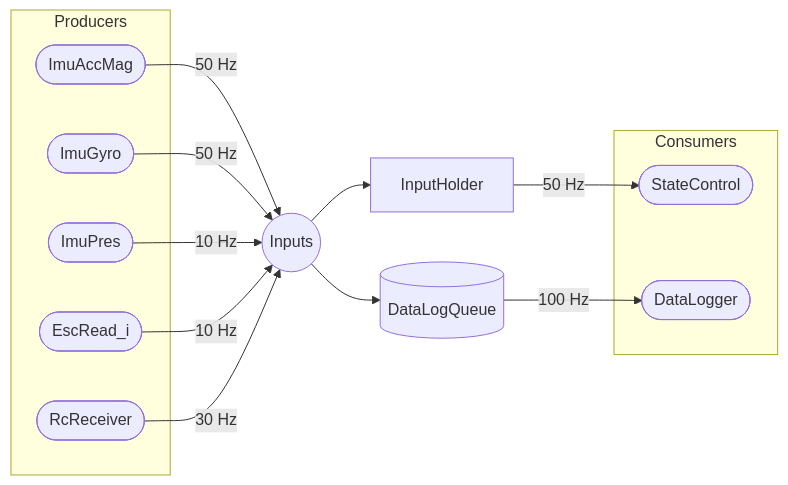
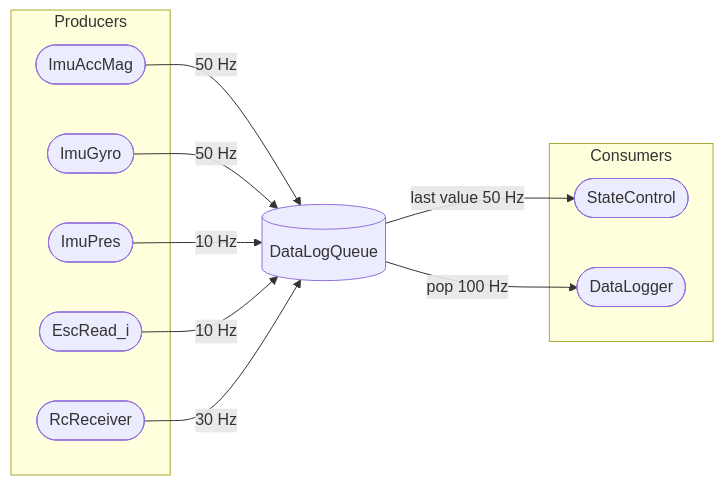
Before and after one commit to real-tintin/ugglan: the first of 2 diagrams in doc/source/drone.rst, drawn with Mermaid. The commit also changed other lines of this file and 8 other files, not shown here.

Commit message:
Refactor data log signals, DRY. Add last signal method to data log queue. Update doc. Omit typedef keyword for struct definition, not needed in C++.

```diff
--- a/doc/source/drone.rst
+++ b/doc/source/drone.rst
@@ -21,42 +21,37 @@
 .. mermaid::
     :caption: Overview of the drone software design. Tasks are stadium-shaped nodes.
 
     graph LR
         ImuAccMag([ImuAccMag])
         ImuGyro([ImuGyro])
         ImuPres([ImuPres])
 
         EscRead_i([EscRead_i])
         RcReceiver([RcReceiver])
 
-        Inputs((Inputs))
-        InputHolder[InputHolder]
         DataLogQueue[(DataLogQueue)]
 
         StateControl([StateControl])
         DataLogger([DataLogger])
 
-        ImuAccMag -- 50 Hz --> Inputs
-        ImuGyro -- 50 Hz --> Inputs
-        ImuPres -- 10 Hz --> Inputs
-        EscRead_i -- 10 Hz --> Inputs
-        RcReceiver -- 30 Hz --> Inputs
+        ImuAccMag -- 50 Hz --> DataLogQueue
+        ImuGyro -- 50 Hz --> DataLogQueue
+        ImuPres -- 10 Hz --> DataLogQueue
+        EscRead_i -- 10 Hz --> DataLogQueue
+        RcReceiver -- 30 Hz --> DataLogQueue
 
-        Inputs --> InputHolder
-        Inputs --> DataLogQueue
-
-        InputHolder -- 50 Hz--> StateControl
-        DataLogQueue -- 100 Hz --> DataLogger
+        DataLogQueue -- last value 50 Hz--> StateControl
+        DataLogQueue -- pop 100 Hz --> DataLogger
 
         subgraph Producers
         ImuAccMag
         ImuGyro
         ImuPres
         EscRead_i
         RcReceiver
         end
 
         subgraph Consumers
         StateControl
         DataLogger
         end
```
